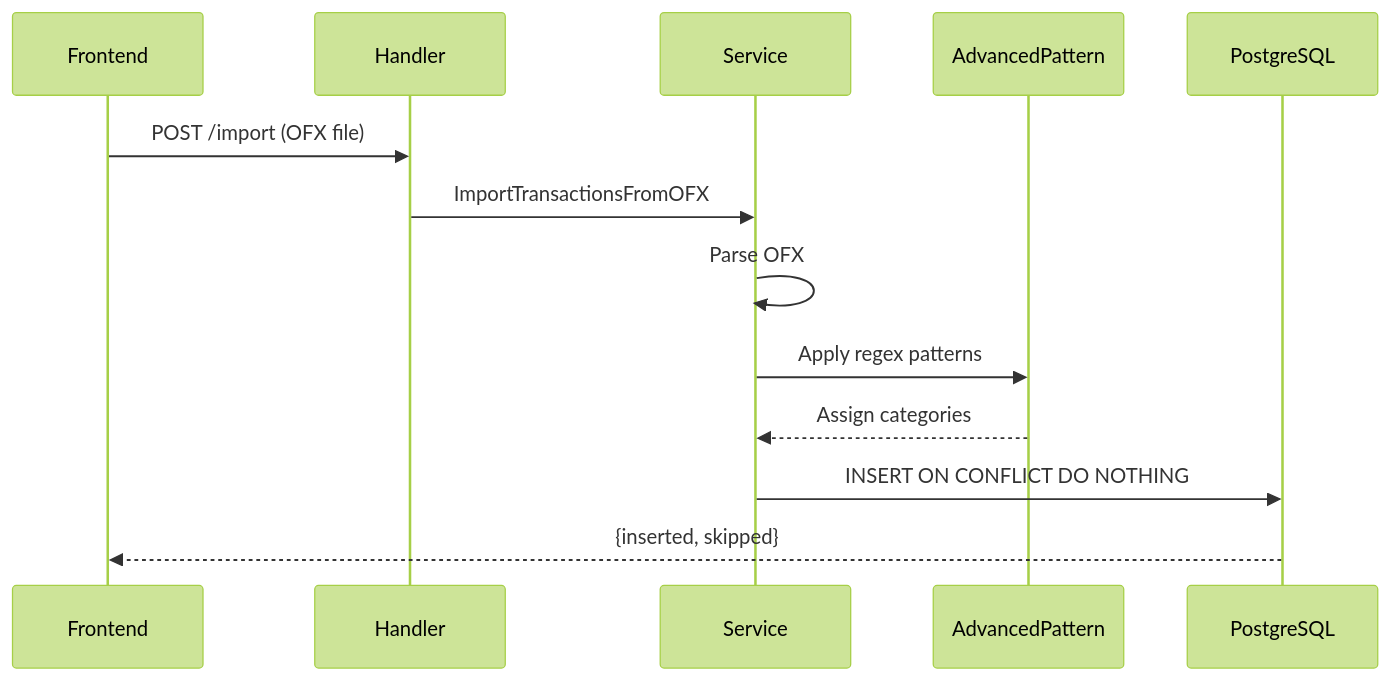
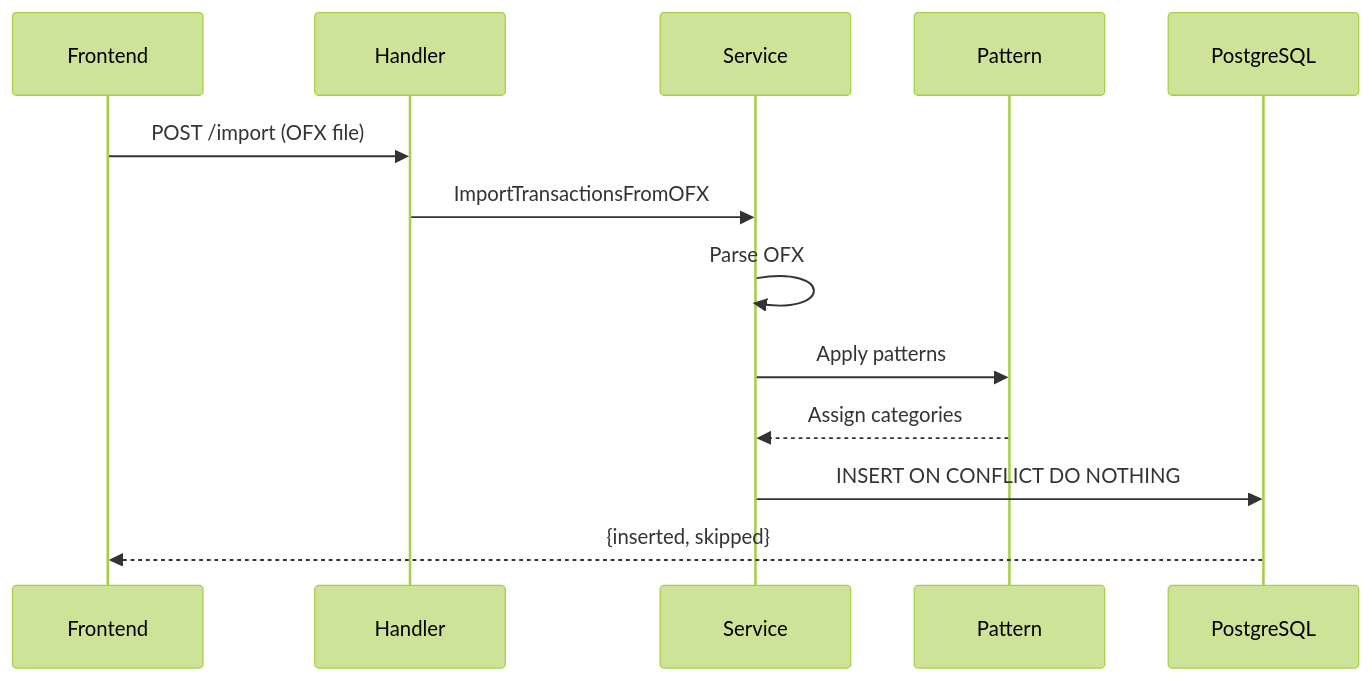
One commit to lucastamoios/celeiro changed the second of 3 diagrams in docs/architecture.md. Above: the diagram before and after it, drawn with Mermaid (forest theme). The commit also changed other lines of this file and 7 other files, not shown here.

````diff
--- a/docs/architecture.md
+++ b/docs/architecture.md
@@ -97,16 +97,16 @@
 ```mermaid
 sequenceDiagram
     participant FE as Frontend
     participant H as Handler
     participant S as Service
-    participant AP as AdvancedPattern
+    participant AP as Pattern
     participant DB as PostgreSQL
 
     FE->>H: POST /import (OFX file)
     H->>S: ImportTransactionsFromOFX
     S->>S: Parse OFX
-    S->>AP: Apply regex patterns
+    S->>AP: Apply patterns
     AP-->>S: Assign categories
     S->>DB: INSERT ON CONFLICT DO NOTHING
     DB-->>FE: {inserted, skipped}
 ```
````
